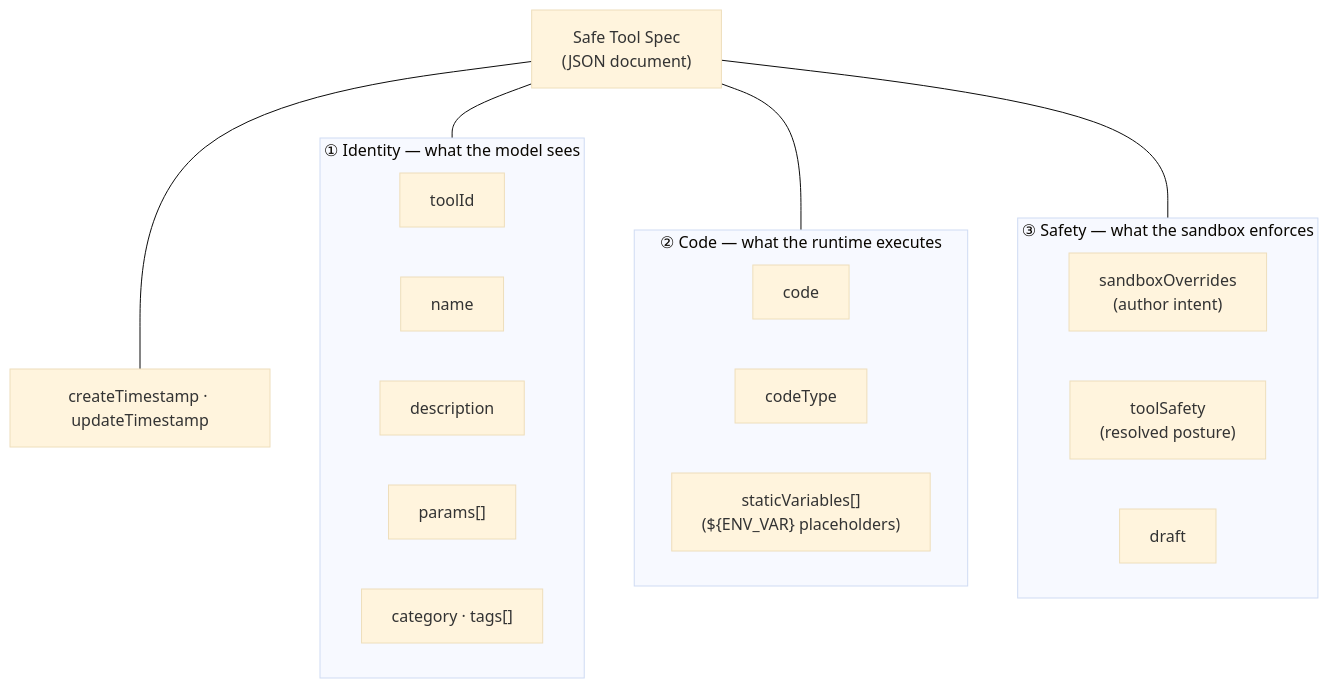
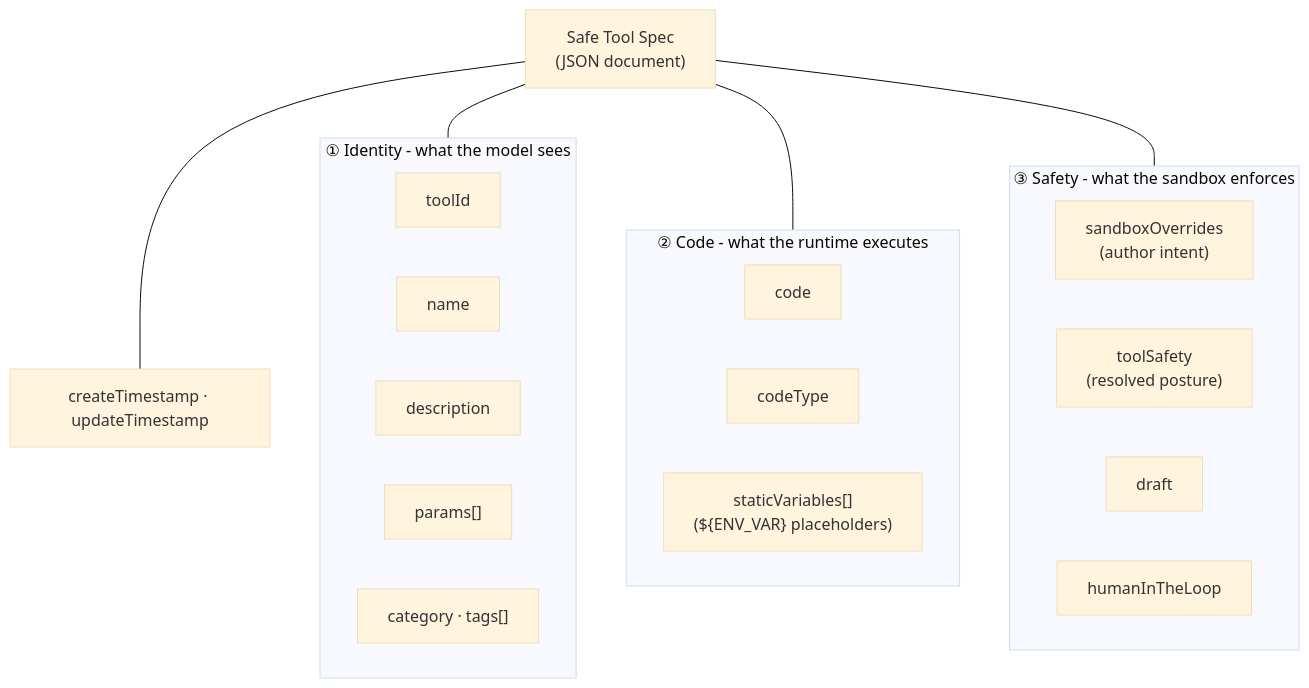
One commit to JM-Lab/spring-ai-playground changed the third of 5 diagrams in docs/safe-tool-specification.md. Above: the diagram before and after it, drawn with Mermaid (base theme). The commit also changed other lines of this file and 239 other files, not shown here.

````diff
--- a/docs/safe-tool-specification.md
+++ b/docs/safe-tool-specification.md
@@ -115,34 +126,35 @@
 ```mermaid
 flowchart TB
     SPEC["Safe Tool Spec<br/>(JSON document)"]
 
-    subgraph IDENTITY["① Identity — what the model sees"]
+    subgraph IDENTITY["① Identity - what the model sees"]
         direction LR
         I1["toolId"]
         I2["name"]
         I3["description"]
         I4["params[]"]
         I5["category · tags[]"]
     end
 
-    subgraph CODE["② Code — what the runtime executes"]
+    subgraph CODE["② Code - what the runtime executes"]
         direction LR
         C1["code"]
         C2["codeType"]
         C3["staticVariables[]<br/>(${ENV_VAR} placeholders)"]
     end
 
-    subgraph SAFETY["③ Safety — what the sandbox enforces"]
+    subgraph SAFETY["③ Safety - what the sandbox enforces"]
         direction LR
         S1["sandboxOverrides<br/>(author intent)"]
         S2["toolSafety<br/>(resolved posture)"]
         S3["draft"]
+        S4["humanInTheLoop"]
     end
 
     BK["createTimestamp · updateTimestamp"]
 
     SPEC --- IDENTITY
     SPEC --- CODE
     SPEC --- SAFETY
     SPEC --- BK
 ```
````
